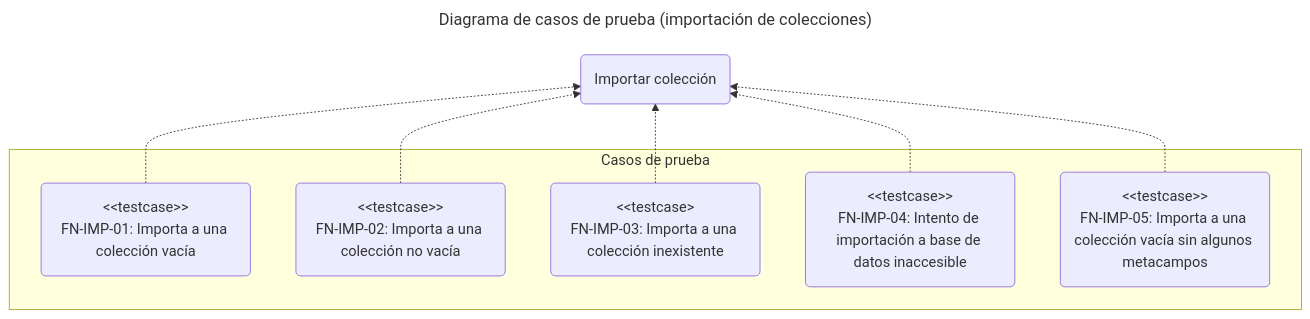
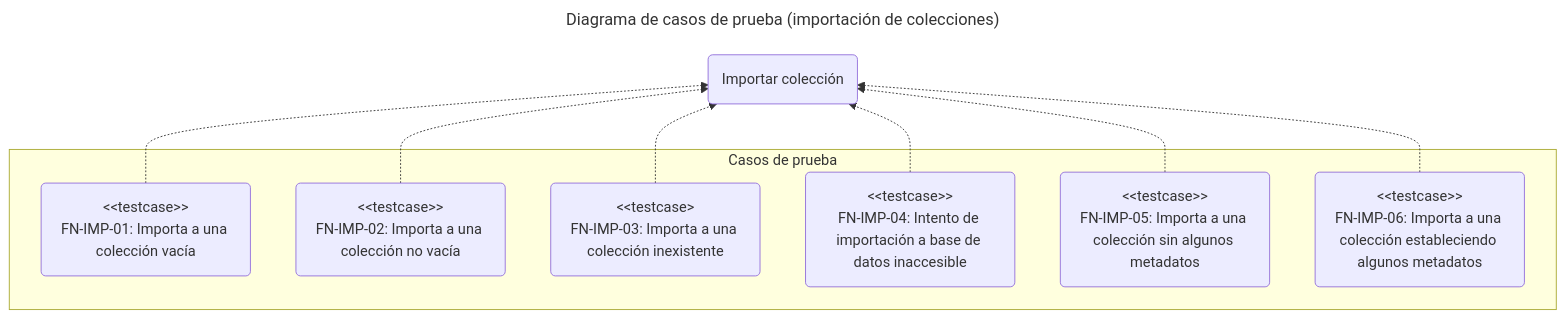
Before and after one commit to chromiodev/chromie-tool: the third of 8 diagrams in docs/spec/tests/functional.es.md, drawn with Mermaid. The commit also changed other lines of this file and 8 other files, not shown here.

Commit message:
feat: added the "-m" option to "chromie imp" for setting metafields (#28)

````diff
--- a/docs/spec/tests/functional.es.md
+++ b/docs/spec/tests/functional.es.md
@@ -226,24 +226,26 @@
 ```mermaid
 ---
 title: Diagrama de casos de prueba (importación de colecciones)
 config:
 ---
 
 graph BT
   %% casos de uso
   importColl@{ shape: "rounded", label: "Importar colección" }
 
   subgraph "Casos de prueba"
     importIntoEmptyColl@{ shape: "rounded", label: "#lt;#lt;testcase>><br>FN-IMP-01: Importa a una colección vacía" }
     importIntoNonEmptyColl@{ shape: "rounded", label: "#lt;#lt;testcase>><br>FN-IMP-02: Importa a una colección no vacía" }
     importIntoNonExistingColl@{ shape: "rounded", label: "#lt;#lt;testcase><br>FN-IMP-03: Importa a una colección inexistente" }
     importIntoUnknownServer@{ shape: "rounded", label: "#lt;#lt;testcase>><br>FN-IMP-04: Intento de importación a base de datos inaccesible" }
-    importIntoEmptyCollRemovingMetafields@{ shape: "rounded", label: "#lt;#lt;testcase>><br>FN-IMP-05: Importa a una colección vacía sin algunos metacampos" }
+    importIntoCollRemovingMetadata@{ shape: "rounded", label: "#lt;#lt;testcase>><br>FN-IMP-05: Importa a una colección sin algunos metadatos" }
+    importIntoCollSettingMetadata@{ shape: "rounded", label: "#lt;#lt;testcase>><br>FN-IMP-06: Importa a una colección estableciendo algunos metadatos" }
   end
 
   importIntoEmptyColl -.-> importColl
   importIntoNonEmptyColl -.-> importColl
   importIntoNonExistingColl -.-> importColl
   importIntoUnknownServer -.-> importColl
-  importIntoEmptyCollRemovingMetafields -.-> importColl
+  importIntoCollRemovingMetadata -.-> importColl
+  importIntoCollSettingMetadata -.-> importColl
 ```
````
